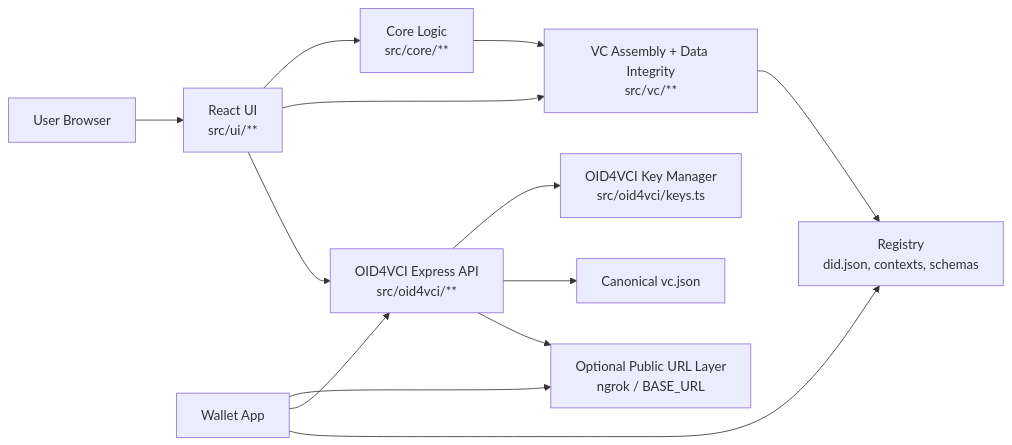
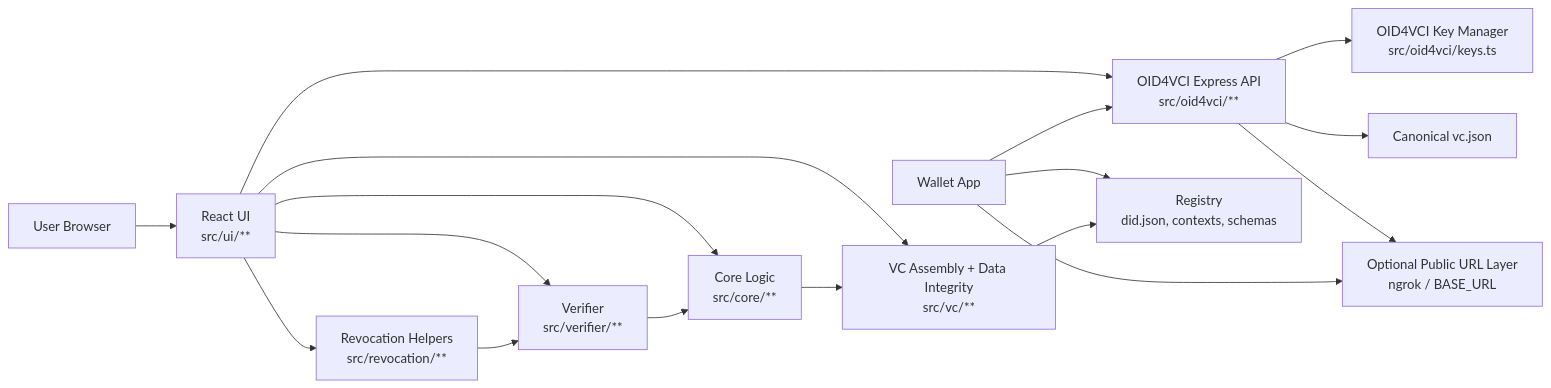
The first of 4 diagrams in docs/issuer-architecture.md (huypengin/IU-VC-Cert-University), drawn with Mermaid before and after one commit. The commit also changed other lines of this file and 3 other files, not shown here.

Commit message:
docs: add smart-contract revocation operator flow

````diff
--- a/docs/issuer-architecture.md
+++ b/docs/issuer-architecture.md
@@ -18,26 +20,30 @@
 ```mermaid
 flowchart LR
     User[User Browser]
     UI[React UI<br/>src/ui/**]
     Core[Core Logic<br/>src/core/**]
     VC[VC Assembly + Data Integrity<br/>src/vc/**]
     API[OID4VCI Express API<br/>src/oid4vci/**]
     Keys[OID4VCI Key Manager<br/>src/oid4vci/keys.ts]
     VCFile[Canonical vc.json]
     Registry[Registry<br/>did.json, contexts, schemas]
     Wallet[Wallet App]
     Tunnel[Optional Public URL Layer<br/>ngrok / BASE_URL]
 
     User --> UI
     UI --> Core
     UI --> VC
+    UI --> Verifier[Verifier<br/>src/verifier/**]
+    UI --> Revocation[Revocation Helpers<br/>src/revocation/**]
     UI --> API
     Core --> VC
+    Verifier --> Core
+    Revocation --> Verifier
     API --> Keys
     API --> VCFile
     API --> Tunnel
     Wallet --> Tunnel
     Wallet --> API
     Wallet --> Registry
     VC --> Registry
 ```
````
